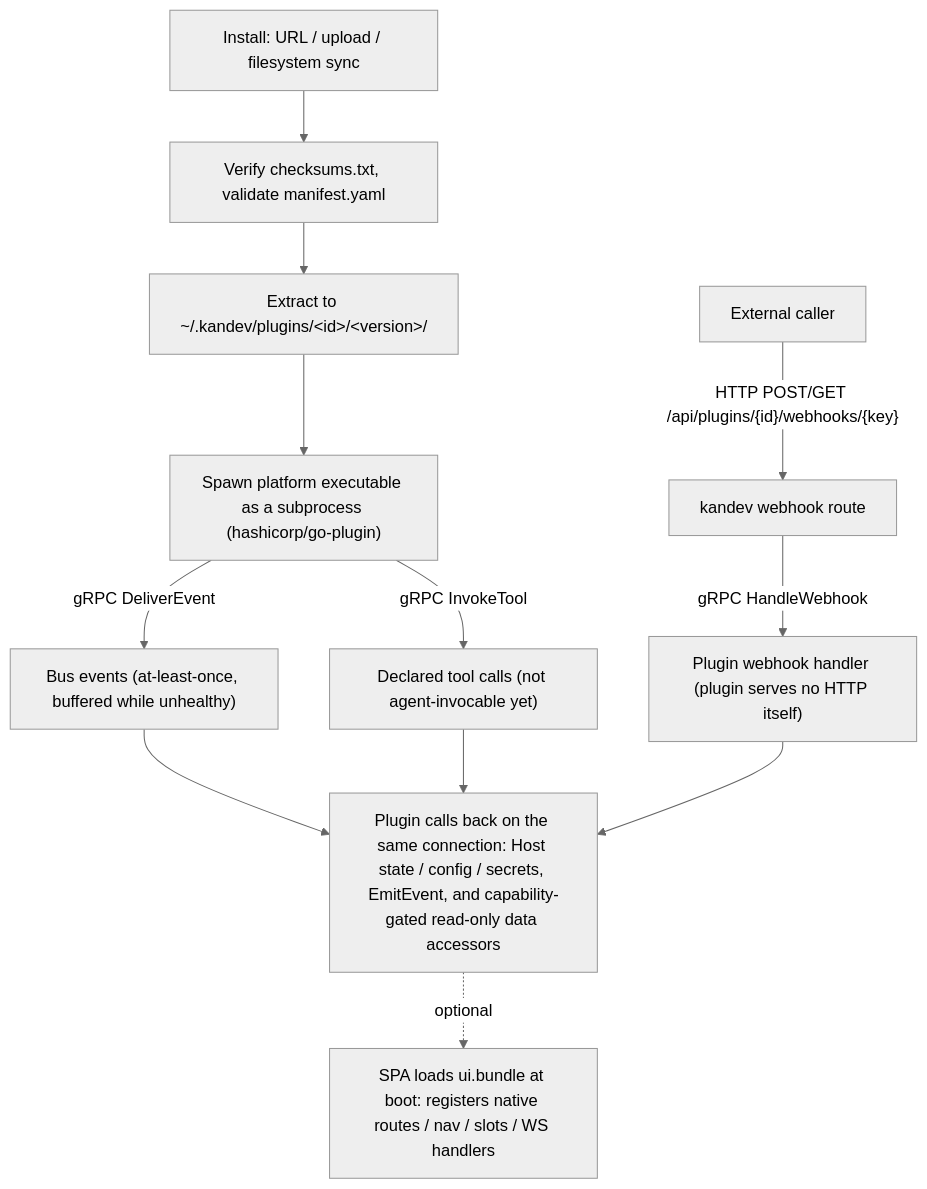
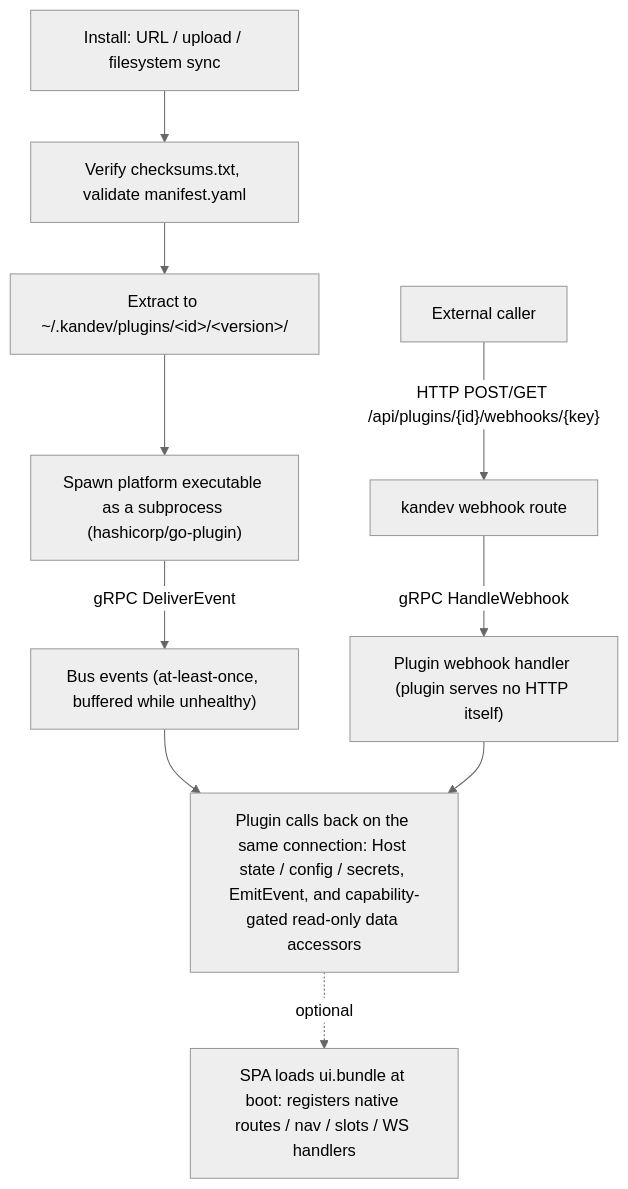
The diagram in docs/public/plugins.md (kdlbs/kandev), drawn with Mermaid (neutral theme) before and after one commit. The commit also changed other lines of this file and 2 other files, not shown here.

Commit message:
docs: remove plugin tools from the docs
Plugin tools[] overlap with MCP (kandev's established agent-tool surface)
and the invocation path was never wired to agents. Rather than document a
half-feature that implies plugins are an alternate MCP, drop it entirely:
the Plugin interface (InvokeTool), the manifest tools[] block and field
rows, the how-it-works diagram branch, and the example-plugin mention.
Removal from the backend code is tracked separately.

````diff
--- a/docs/public/plugins.md
+++ b/docs/public/plugins.md
@@ -27,14 +27,12 @@
 ```mermaid
 flowchart TD
     Install["Install: URL / upload / filesystem sync"] --> Verify["Verify checksums.txt, validate manifest.yaml"]
     Verify --> Extract["Extract to ~/.kandev/plugins/&lt;id&gt;/&lt;version&gt;/"]
     Extract --> Spawn["Spawn platform executable as a subprocess (hashicorp/go-plugin)"]
     Spawn -->|"gRPC DeliverEvent"| Deliver["Bus events (at-least-once, buffered while unhealthy)"]
-    Spawn -->|"gRPC InvokeTool"| Invoke["Declared tool calls (not agent-invocable yet)"]
     Ext["External caller"] -->|"HTTP POST/GET /api/plugins/{id}/webhooks/{key}"| Route["kandev webhook route"]
     Route -->|"gRPC HandleWebhook"| Webhook["Plugin webhook handler (plugin serves no HTTP itself)"]
     Deliver --> Host["Plugin calls back on the same connection: Host state / config / secrets, EmitEvent, and capability-gated read-only data accessors"]
-    Invoke --> Host
     Webhook --> Host
     Host -.optional.-> UI["SPA loads ui.bundle at boot: registers native routes / nav / slots / WS handlers"]
 ```
````
